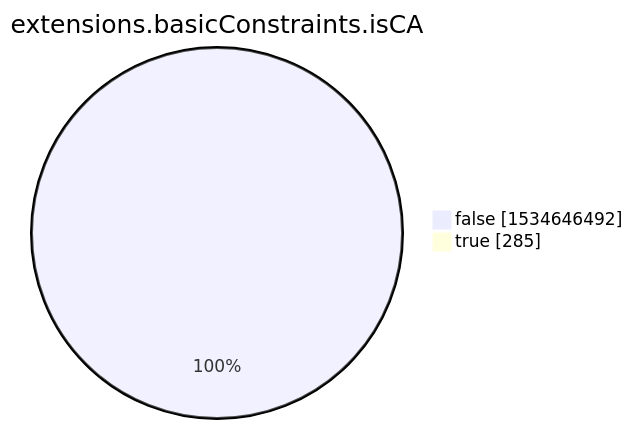
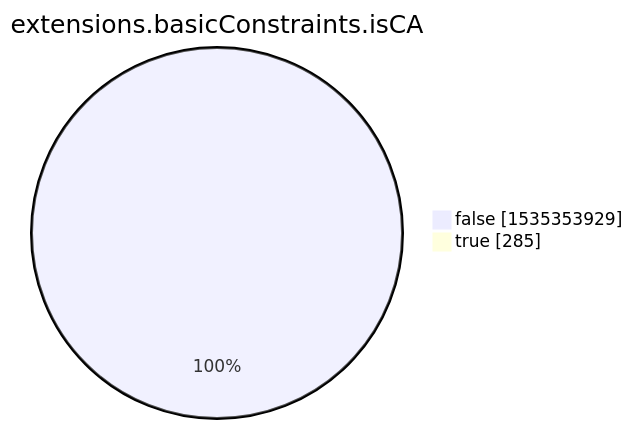
One commit to christiankrug/ctmonitor_visualization changed the eighth of 15 diagrams in xenon2022/README.md. Above: the diagram before and after it, drawn with Mermaid. The commit also changed other lines of this file, not shown here.

````diff
--- a/xenon2022/README.md
+++ b/xenon2022/README.md
@@ -2857,6 +2857,6 @@
 ```mermaid
 pie showData
 title extensions.basicConstraints.isCA
-"false" :1534646492
+"false" :1535353929
 "true" :285
 ```
````
